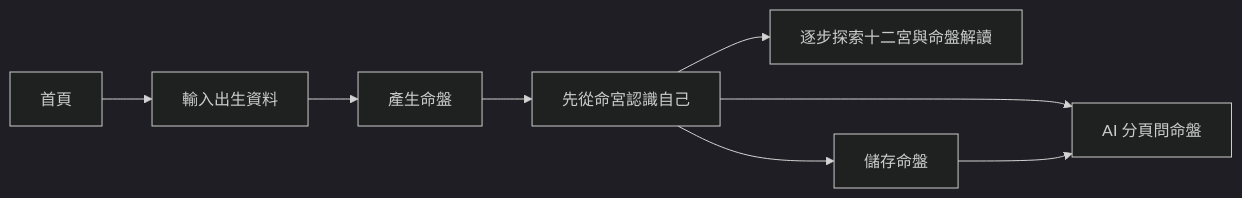
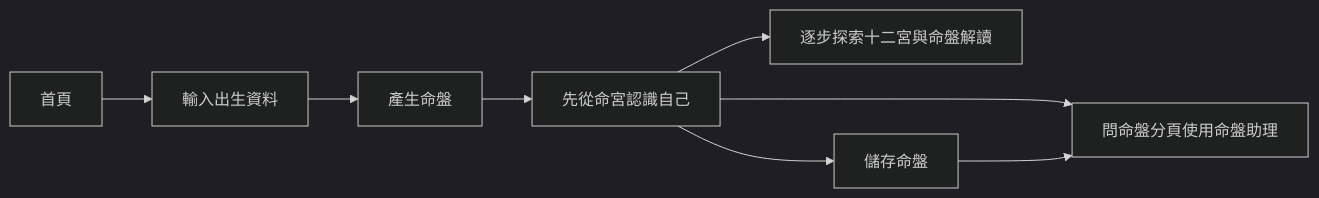
The second of 5 diagrams in PRODUCT.md (narumiruna/mighty-zi-wei), drawn with Mermaid (dark theme) before and after one commit. The commit also changed other lines of this file and 5 other files, not shown here.

````diff
--- a/PRODUCT.md
+++ b/PRODUCT.md
@@ -168,18 +168,18 @@
 ```mermaid
 flowchart LR
     A["首頁"]
     B["輸入出生資料"]
     C["產生命盤"]
     D["先從命宮認識自己"]
     E["逐步探索十二宮與命盤解讀"]
     F["儲存命盤"]
-    G["AI 分頁問命盤"]
+    G["問命盤分頁使用命盤助理"]
 
     A --> B
     B --> C
     C --> D
     D --> E
     D --> F
     D --> G
     F --> G
 ```
````
